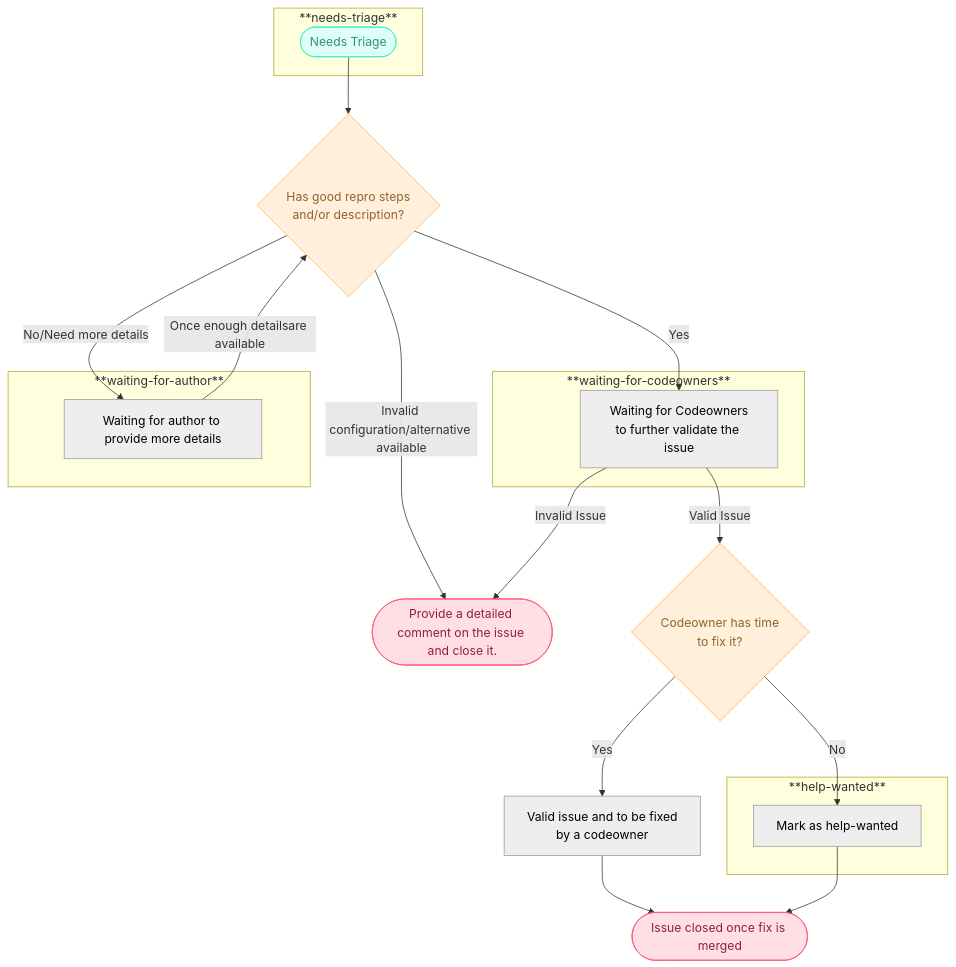
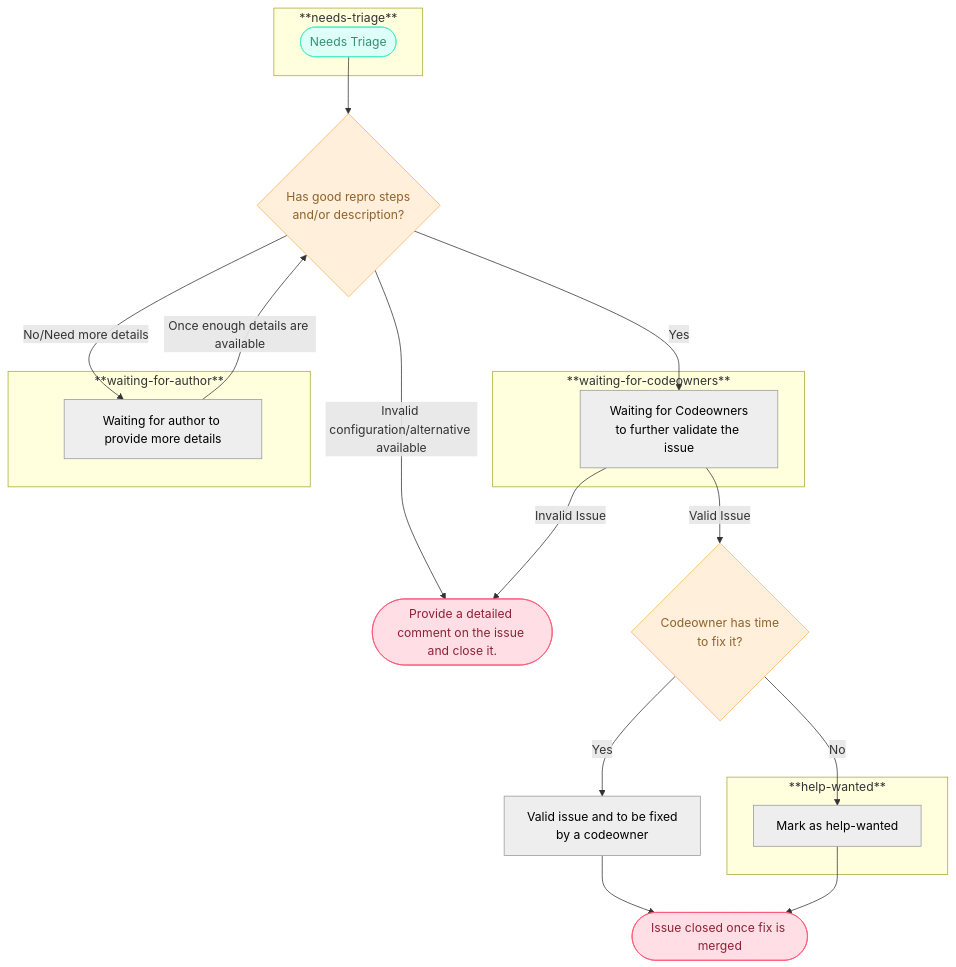
One commit to open-telemetry/opentelemetry-collector-contrib changed the diagram in issue-triaging.md. Above: the diagram before and after it, drawn with Mermaid.

````diff
--- a/issue-triaging.md
+++ b/issue-triaging.md
@@ -79,45 +79,45 @@
 ```mermaid
 flowchart TD
  subgraph graph1["**needs-triage**"]
         n1(["Needs Triage"])
   end
  subgraph graph2["**waiting-for-codeowners**"]
         n3["Waiting for Codeowners<br>to further validate the issue"]
   end
  subgraph graph3["**waiting-for-author**"]
         n4["Waiting for author to provide more details"]
   end
  subgraph graph4["**help-wanted**"]
         n8["Mark as help-wanted"]
   end
     n1 --> n2["Has good repro steps <br>and/or description?"]
     n2 -- Yes --> n3
     n2 -- No/Need more details --> n4
     n2 -- Invalid configuration/alternative available --> n5(["Provide a detailed comment on the issue and close it."])
     n3 -- Invalid Issue --> n5
     n3 -- Valid Issue -->  n6["Codeowner has time<br>to fix it?"]
     n6 -- Yes --> n7["Valid issue and to be fixed <br>by a codeowner"]
     n6 -- No --> n8
     n7 --> n9(["Issue closed once fix is merged"])
     n8 --> n9
-    n4 -- Once enough detailsare available --> n2
+    n4 -- Once enough details are available --> n2
 
     n3@{ shape: rect}
     n4@{ shape: rect}
     n2@{ shape: diam}
     n6@{ shape: diam}
      n1:::Aqua
      n3:::Ash
      n4:::Ash
      n8:::Ash
      n2:::Ash
      n2:::Peach
      n5:::Rose
      n6:::Peach
      n7:::Ash
      n9:::Rose
     classDef Rose stroke-width:1px, stroke-dasharray:none, stroke:#FF5978, fill:#FFDFE5, color:#8E2236
     classDef Aqua stroke-width:1px, stroke-dasharray:none, stroke:#46EDC8, fill:#DEFFF8, color:#378E7A
     classDef Peach stroke-width:1px, stroke-dasharray:none, stroke:#FBB35A, fill:#FFEFDB, color:#8F632D
     classDef Ash stroke-width:1px, stroke-dasharray:none, stroke:#999999, fill:#EEEEEE, color:#000000
 ```
````
